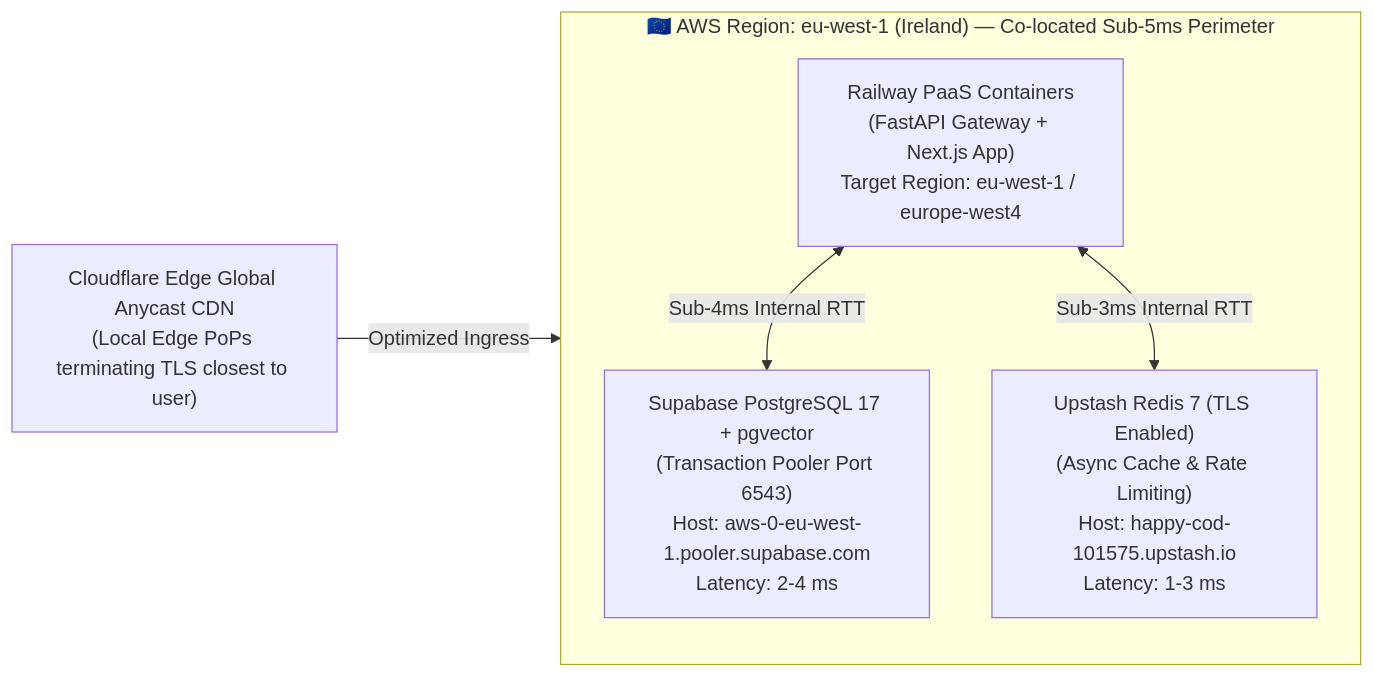
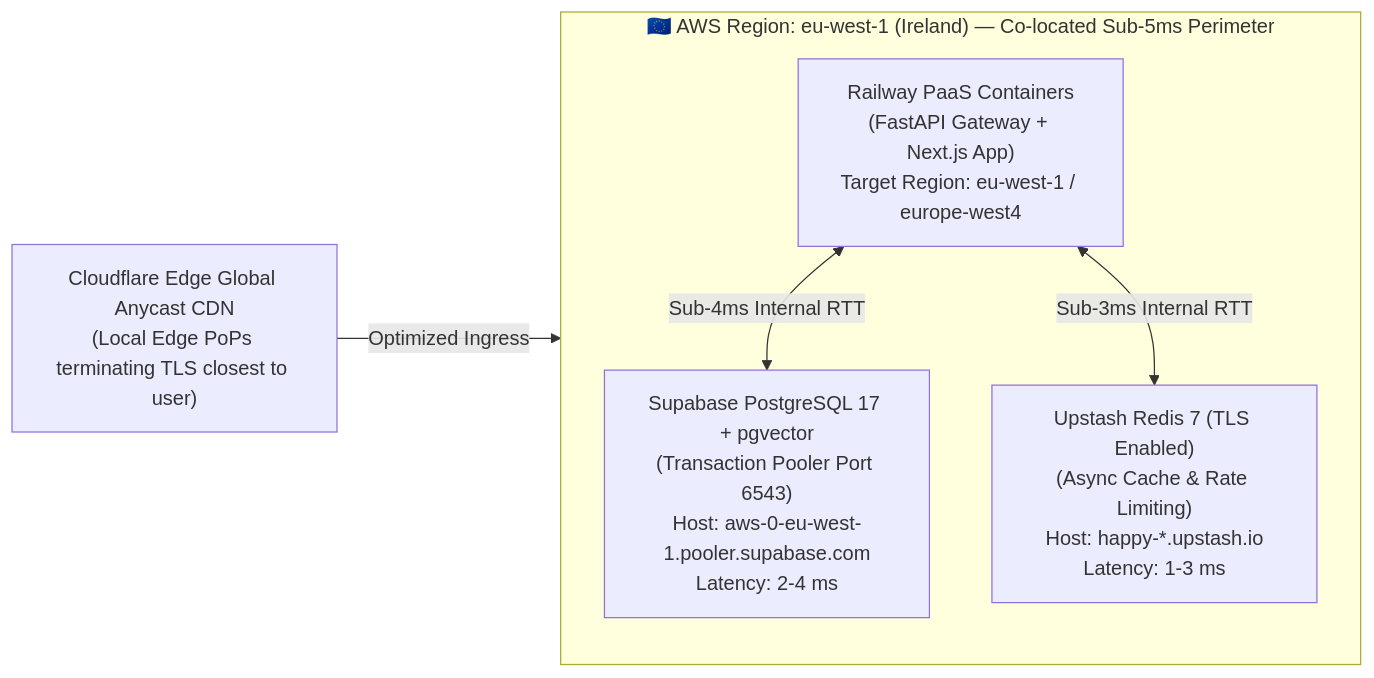
The second of 2 diagrams in DEPLOYMENT.md (omaomar4111-ui/PR-AI-WORKFORCE), drawn with Mermaid before and after one commit. The commit also changed other lines of this file, not shown here.

````diff
--- a/DEPLOYMENT.md
+++ b/DEPLOYMENT.md
@@ -273,15 +273,15 @@
 ```mermaid
 flowchart LR
     subgraph EUWest1 ["🇪🇺 AWS Region: eu-west-1 (Ireland) — Co-located Sub-5ms Perimeter"]
         direction TB
         RailwayApp["Railway PaaS Containers\n(FastAPI Gateway + Next.js App)\nTarget Region: eu-west-1 / europe-west4"]
         SupabaseDB["Supabase PostgreSQL 17 + pgvector\n(Transaction Pooler Port 6543)\nHost: aws-0-eu-west-1.pooler.supabase.com\nLatency: 2-4 ms"]
-        UpstashRedis["Upstash Redis 7 (TLS Enabled)\n(Async Cache & Rate Limiting)\nHost: happy-cod-101575.upstash.io\nLatency: 1-3 ms"]
+        UpstashRedis["Upstash Redis 7 (TLS Enabled)\n(Async Cache & Rate Limiting)\nHost: happy-*.upstash.io\nLatency: 1-3 ms"]
     end
 
     CloudflareEdge["Cloudflare Edge Global Anycast CDN\n(Local Edge PoPs terminating TLS closest to user)"]
 
     CloudflareEdge -->|Optimized Ingress| RailwayApp
     RailwayApp <-->|Sub-4ms Internal RTT| SupabaseDB
     RailwayApp <-->|Sub-3ms Internal RTT| UpstashRedis
 ```
````
